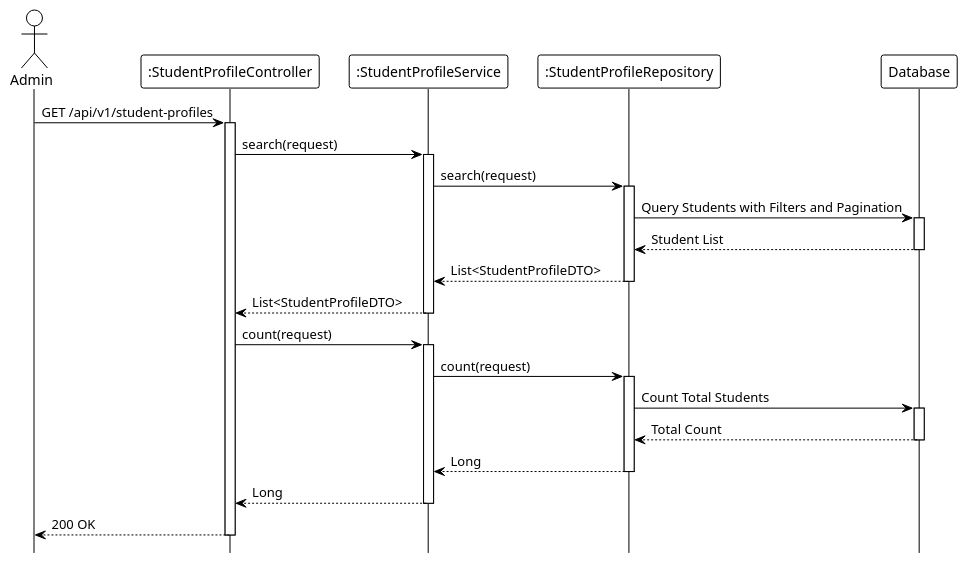
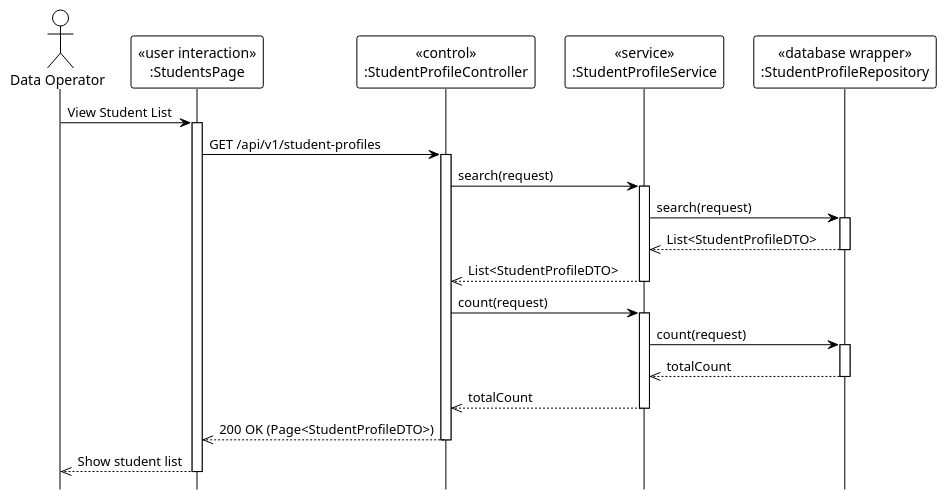
The diagram in system_detailed_design/42_view_list_student/sequence_diagram_view_list_student.puml (Ndh474/context), drawn with PlantUML before and after one commit. The commit also changed 8 other files, not shown here.

Commit message:
docs: Add PlantUML sequence and class diagrams for various student management system detailed designs.

```diff
--- a/system_detailed_design/42_view_list_student/sequence_diagram_view_list_student.puml
+++ b/system_detailed_design/42_view_list_student/sequence_diagram_view_list_student.puml
@@ -1,56 +1,49 @@
 @startuml view_list_student
 !theme plain
 hide footbox
 
-actor Admin
-participant ":StudentProfileController" as Controller
-participant ":StudentProfileService" as Service
-participant ":StudentProfileRepository" as Repository
-participant "Database" as DB
+actor "Data Operator" as Admin
+
+participant "«user interaction»\n:StudentsPage" as UI
+participant "«control»\n:StudentProfileController" as Controller
+participant "«service»\n:StudentProfileService" as Service
+participant "«database wrapper»\n:StudentProfileRepository" as Repository
 
 ' --- MAIN FLOW ---
-Admin -> Controller: GET /api/v1/student-profiles
+Admin -> UI: View Student List
+activate UI
+
+UI -> Controller: GET /api/v1/student-profiles
 activate Controller
 
 Controller -> Service: search(request)
 activate Service
 
 ' --- SEARCH QUERY ---
 Service -> Repository: search(request)
 activate Repository
-
-Repository -> DB: Query Students with Filters and Pagination
-activate DB
-DB --> Repository: Student List
-deactivate DB
-
-Repository --> Service: List<StudentProfileDTO>
+Repository -->> Service: List<StudentProfileDTO>
 deactivate Repository
 
-Service --> Controller: List<StudentProfileDTO>
+Service -->> Controller: List<StudentProfileDTO>
 deactivate Service
 
 ' --- COUNT QUERY ---
 Controller -> Service: count(request)
 activate Service
 
 Service -> Repository: count(request)
 activate Repository
-
-Repository -> DB: Count Total Students
-activate DB
-DB --> Repository: Total Count
-deactivate DB
-
-Repository --> Service: Long
+Repository -->> Service: totalCount
 deactivate Repository
 
-Service --> Controller: Long
+Service -->> Controller: totalCount
 deactivate Service
 
-' Build paging response (internal)
-
-Controller --> Admin: 200 OK
+Controller -->> UI: 200 OK (Page<StudentProfileDTO>)
 deactivate Controller
 
+UI -->> Admin: Show student list
+deactivate UI
+
 @enduml
```
